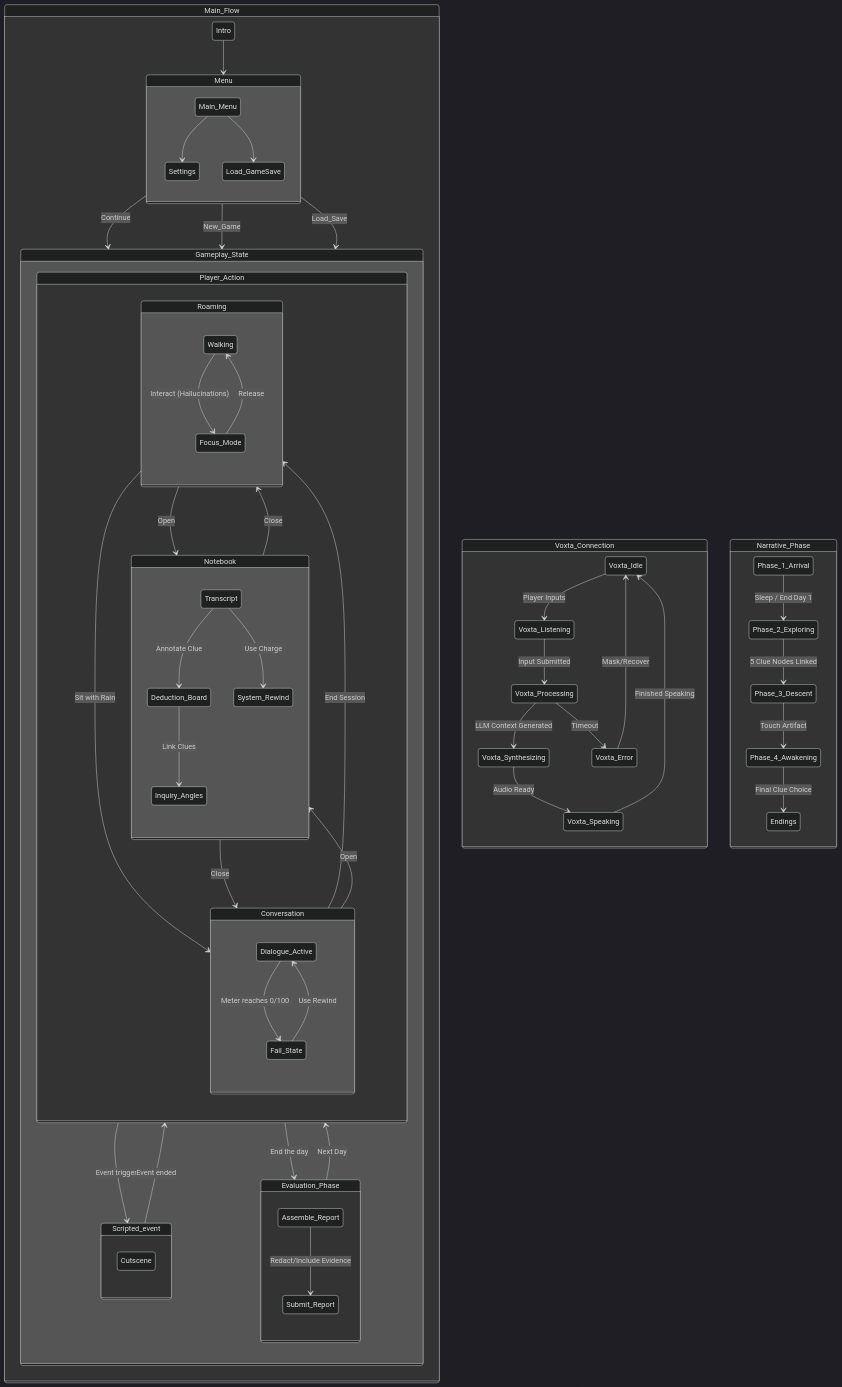
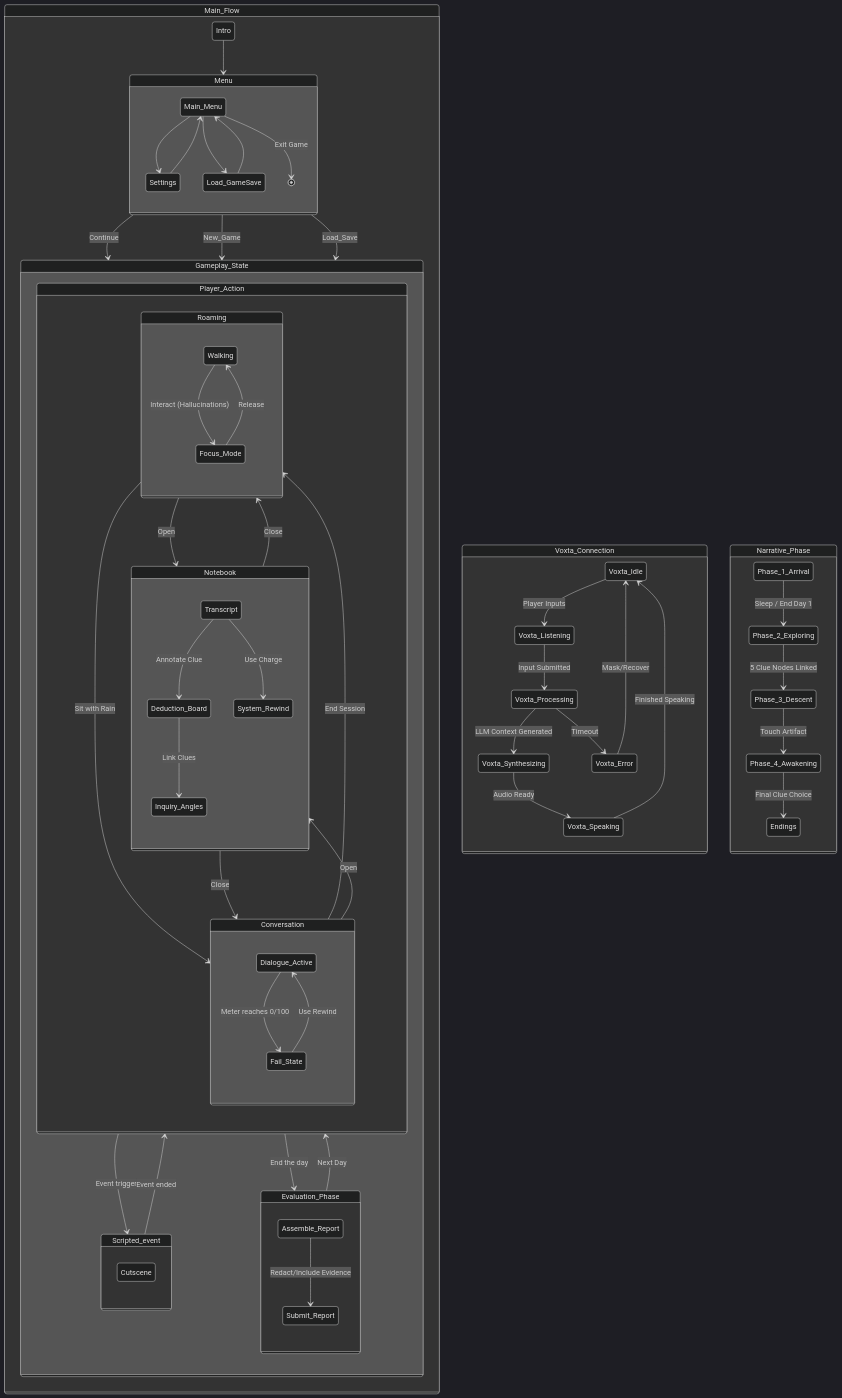
The diagram in README.md (grrimgrriefer/Forgotten), drawn with Mermaid before and after one commit. The commit also changed 5 other files, not shown here.

Commit message:
Added core logic for main menu Task & Widget

````diff
--- a/README.md
+++ b/README.md
@@ -20,79 +20,82 @@
 ```mermaid
 ---
 config:
   theme: dark
 ---
 stateDiagram-v2
     state Main_Flow {
         state Menu {
             Main_Menu --> Settings
             Main_Menu --> Load_GameSave
+            Settings --> Main_Menu
+            Load_GameSave --> Main_Menu
+            Main_Menu --> [*] : Exit Game
         }
 
         Menu --> Gameplay_State : Continue
         Menu --> Gameplay_State : New_Game
         Menu --> Gameplay_State : Load_Save
 
         Intro --> Menu
 
         state Gameplay_State {
             state Player_Action {           
                 state Roaming {
                     Walking --> Focus_Mode : Interact (Hallucinations)
                     Focus_Mode --> Walking : Release
                 }
                 
                 state Conversation {
                     Dialogue_Active --> Fail_State : Meter reaches 0/100
                     Fail_State --> Dialogue_Active : Use Rewind
                 }
                 
                 state Notebook {
                     Transcript --> Deduction_Board : Annotate Clue
                     Deduction_Board --> Inquiry_Angles : Link Clues
                     Transcript --> System_Rewind : Use Charge
                 }
                 
                 Roaming --> Notebook : Open
                 Notebook --> Roaming : Close
                 Roaming --> Conversation : Sit with Rain
                 Conversation --> Roaming : End Session
                 Conversation --> Notebook : Open
                 Notebook --> Conversation : Close
             }
 
             Player_Action --> Scripted_event : Event trigger
             Scripted_event --> Player_Action : Event ended
 
             state Scripted_event {
                 Cutscene
             }
             
             Player_Action --> Evaluation_Phase : End the day
             
             state Evaluation_Phase {
                 Assemble_Report --> Submit_Report : Redact/Include Evidence
             }
             
             Evaluation_Phase --> Player_Action : Next Day
         }
     }
     
     state Voxta_Connection {
         Voxta_Idle --> Voxta_Listening : Player Inputs
         Voxta_Listening --> Voxta_Processing : Input Submitted
         Voxta_Processing --> Voxta_Synthesizing : LLM Context Generated
         Voxta_Synthesizing --> Voxta_Speaking : Audio Ready
         Voxta_Speaking --> Voxta_Idle : Finished Speaking
         
         Voxta_Processing --> Voxta_Error : Timeout
         Voxta_Error --> Voxta_Idle : Mask/Recover
     }
     
     state Narrative_Phase {
         Phase_1_Arrival --> Phase_2_Exploring : Sleep / End Day 1
         Phase_2_Exploring --> Phase_3_Descent : 5 Clue Nodes Linked
         Phase_3_Descent --> Phase_4_Awakening : Touch Artifact
         Phase_4_Awakening --> Endings : Final Clue Choice
     }
 ```
````
